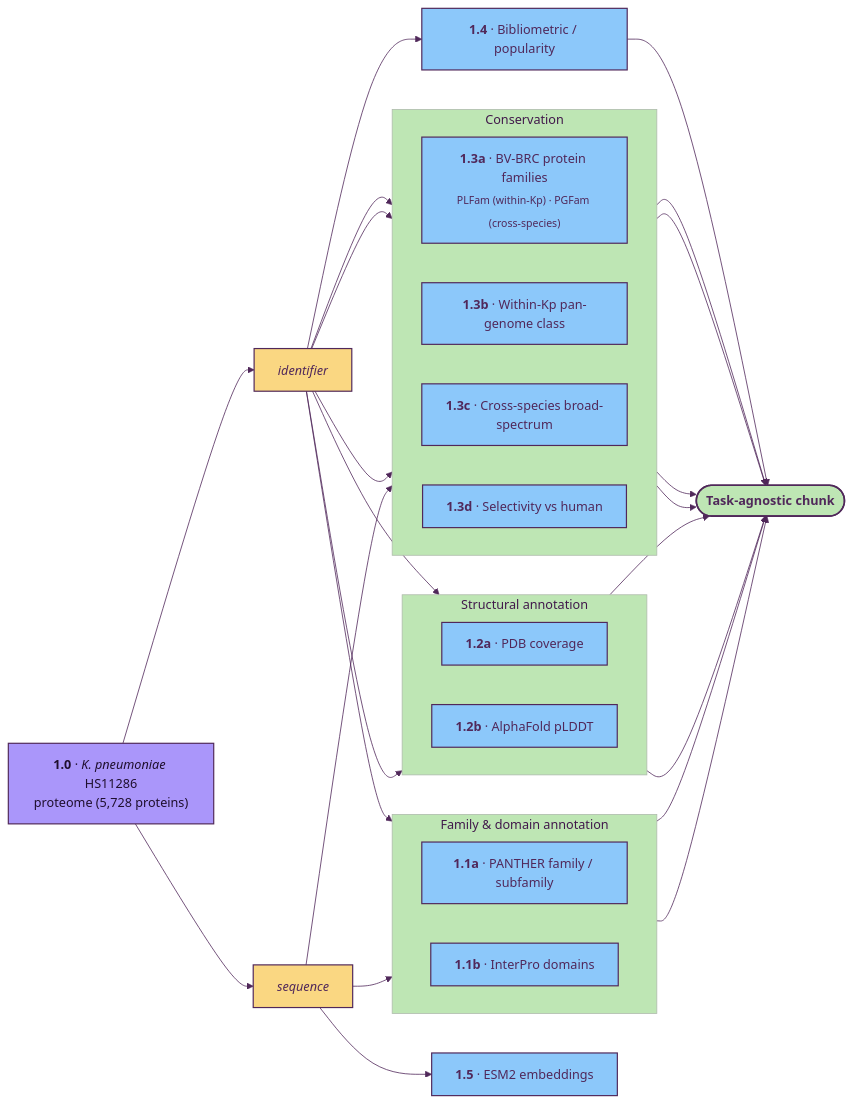
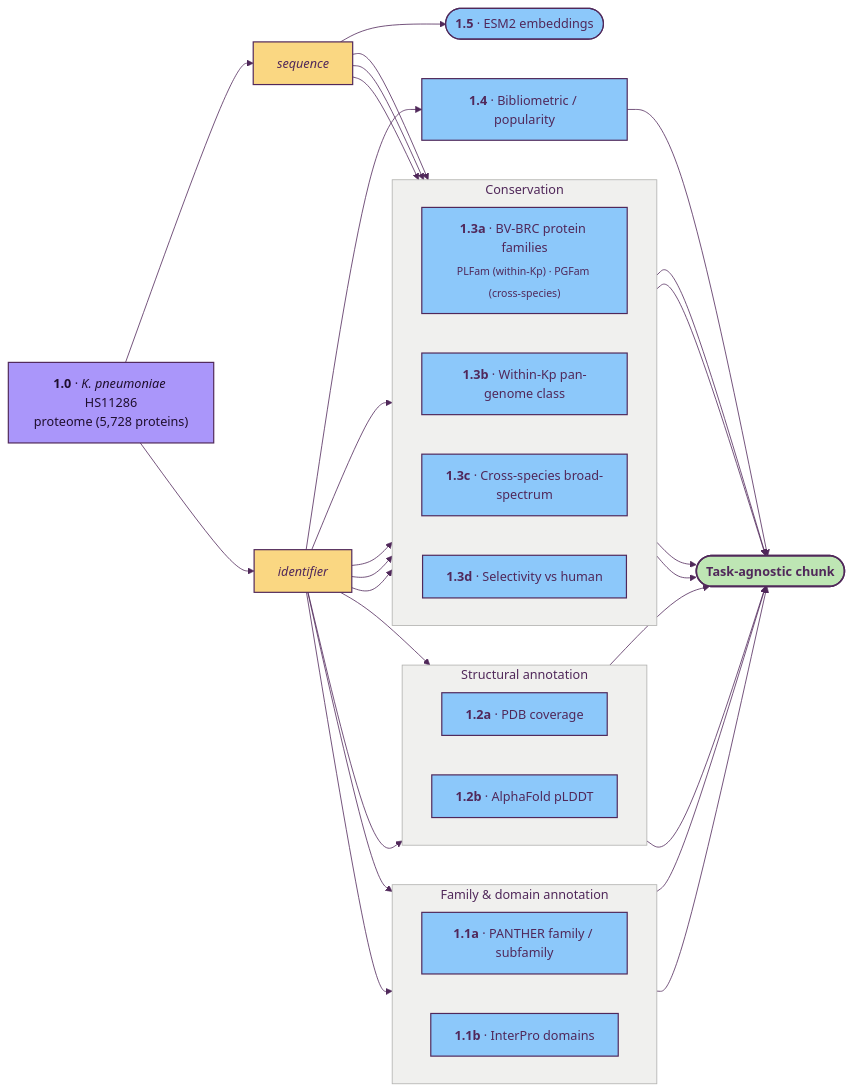
Before and after one commit to ersilia-os/gradi-target-prioritization: the diagram in docs/01_task_agnostic.md, drawn with Mermaid. The commit also changed other lines of this file and 4 other files, not shown here.

Commit message:
diagramming

````diff
--- a/docs/01_task_agnostic.md
+++ b/docs/01_task_agnostic.md
@@ -18,59 +18,63 @@
 ```mermaid
-%%{init: {'theme':'base','themeVariables':{'primaryColor':'#FAD782','primaryBorderColor':'#50285A','primaryTextColor':'#50285A','lineColor':'#50285A','secondaryColor':'#8CC8FA','tertiaryColor':'#BEE6B4','fontFamily':'Inter, system-ui, sans-serif'}}}%%
+%%{init: {'theme':'base','themeVariables':{'primaryColor':'#FAD782','primaryBorderColor':'#50285A','primaryTextColor':'#50285A','lineColor':'#50285A','secondaryColor':'#8CC8FA','tertiaryColor':'#BEE6B4','clusterBkg':'#F0F0EE','clusterBorder':'#B0B0AE','titleColor':'#50285A','fontFamily':'Inter, system-ui, sans-serif'}}}%%
 flowchart LR
     classDef source    fill:#AA96FA,stroke:#50285A,stroke-width:1.5px,color:#1F0F2E
     classDef dataset   fill:#FAD782,stroke:#50285A,stroke-width:1.5px,color:#50285A
     classDef method    fill:#8CC8FA,stroke:#50285A,stroke-width:1.5px,color:#50285A
+    classDef embedding fill:#8CC8FA,stroke:#50285A,stroke-width:1.5px,color:#50285A
     classDef result    fill:#BEE6B4,stroke:#50285A,stroke-width:2px,color:#50285A,font-weight:bold
     classDef tagnostic fill:#DCA0DC,stroke:#50285A,stroke-width:1.5px,color:#50285A
     classDef stub      fill:#FAA08C,stroke:#50285A,stroke-width:1.5px,stroke-dasharray:6 3,color:#50285A
     classDef planned   fill:#D2D2D0,stroke:#7A7A78,stroke-width:1px,stroke-dasharray:5 5,color:#5A5A58
 
     SRC["<b>1.0</b> · <i>K. pneumoniae</i> HS11286<br/>proteome (5,728 proteins)"]:::source
     SEQ["<i>sequence</i>"]:::dataset
     ID["<i>identifier</i>"]:::dataset
     SRC --> SEQ
     SRC --> ID
 
     subgraph FAMDOM [" Family &amp; domain annotation "]
         direction LR
         PAN["<b>1.1a</b> · PANTHER family / subfamily"]:::method
         INT["<b>1.1b</b> · InterPro domains"]:::method
     end
     ID --> PAN
-    SEQ --> INT
+    ID --> INT
 
     subgraph STRUC [" Structural annotation "]
         direction LR
         PDB["<b>1.2a</b> · PDB coverage"]:::method
         AF["<b>1.2b</b> · AlphaFold pLDDT"]:::method
     end
     ID --> PDB
     ID --> AF
 
     subgraph CONSERVE [" Conservation "]
         direction LR
         CONS_IDS["<b>1.3a</b> · BV-BRC protein families<br/><sub>PLFam (within-Kp) · PGFam (cross-species)</sub>"]:::method
         CONS_KP["<b>1.3b</b> · Within-Kp pan-genome class"]:::method
         CONS_XS["<b>1.3c</b> · Cross-species broad-spectrum"]:::method
         CONS_SEL["<b>1.3d</b> · Selectivity vs human"]:::method
     end
     ID --> CONS_IDS
     ID --> CONS_KP
+    SEQ --> CONS_KP
     ID --> CONS_XS
+    SEQ --> CONS_XS
+    ID --> CONS_SEL
     SEQ --> CONS_SEL
 
     ID --> POP["<b>1.4</b> · Bibliometric / popularity"]:::method
 
-    SEQ --> ESM2["<b>1.5</b> · ESM2 embeddings"]:::method
+    SEQ --> ESM2(["<b>1.5</b> · ESM2 embeddings"]):::embedding
 
     PAN  --> T(["Task-agnostic chunk"]):::result
     INT  --> T
     PDB  --> T
     AF   --> T
     CONS_IDS --> T
     CONS_KP  --> T
     CONS_XS  --> T
     CONS_SEL --> T
     POP  --> T
 ```
````
